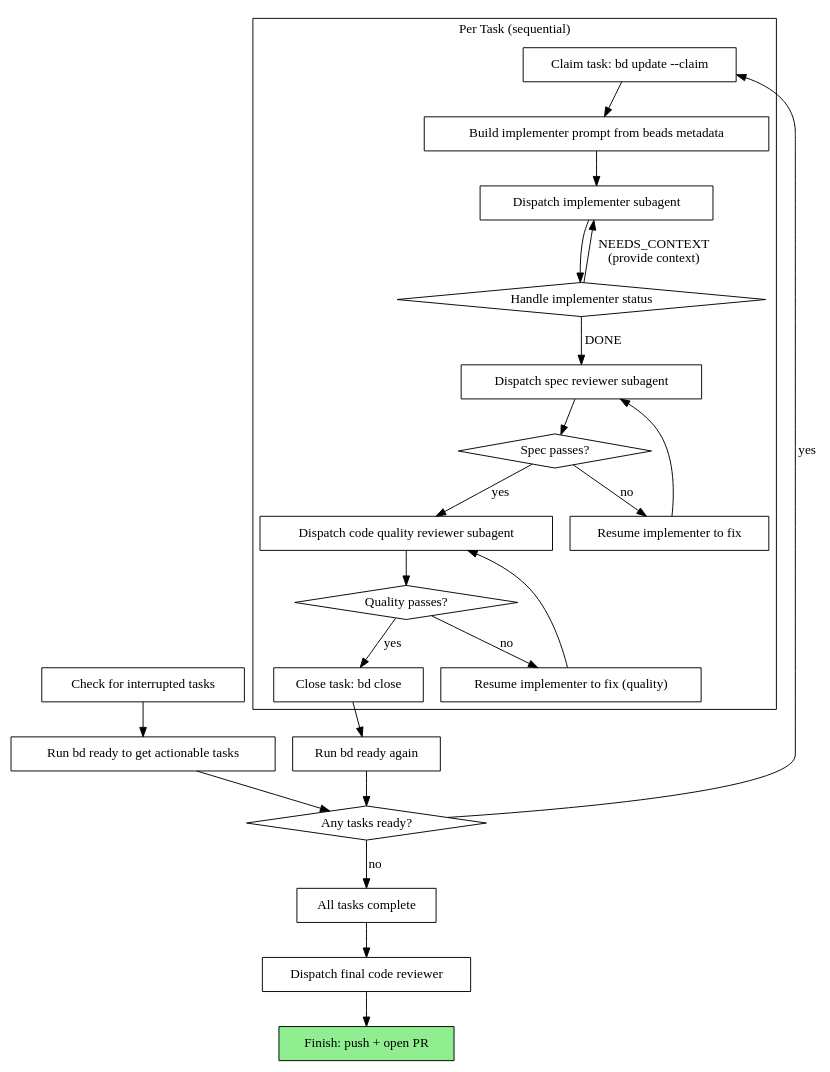
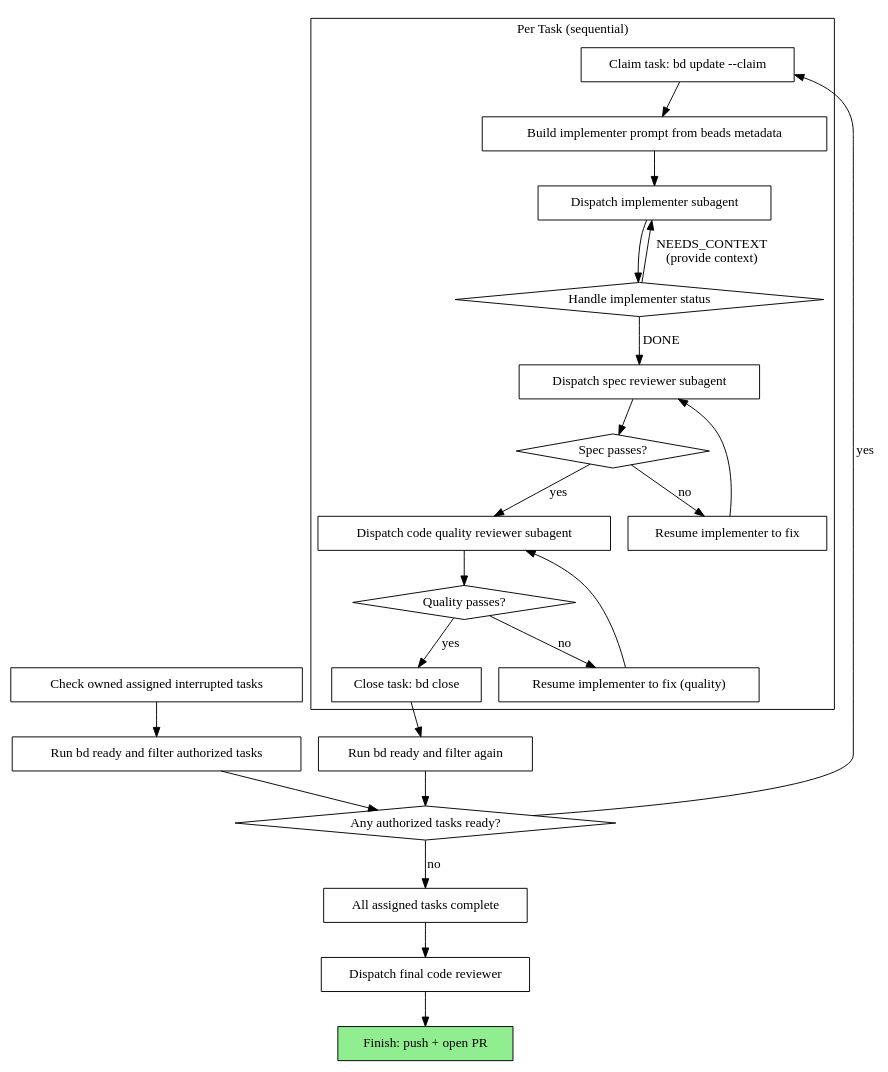
One commit to alexander-vyh/escapement changed the second of 2 diagrams in claude/skills/beads-execution/SKILL.md. Above: the diagram before and after it, drawn with Graphviz. The commit also changed other lines of this file and 23 other files, not shown here.

````diff
--- a/claude/skills/beads-execution/SKILL.md
+++ b/claude/skills/beads-execution/SKILL.md
@@ -94,51 +111,51 @@
 ```dot
 digraph process {
     rankdir=TB;
 
-    "Check for interrupted tasks" [shape=box];
-    "Run bd ready to get actionable tasks" [shape=box];
-    "Any tasks ready?" [shape=diamond];
+    "Check owned assigned interrupted tasks" [shape=box];
+    "Run bd ready and filter authorized tasks" [shape=box];
+    "Any authorized tasks ready?" [shape=diamond];
 
     subgraph cluster_per_task {
         label="Per Task (sequential)";
         "Claim task: bd update --claim" [shape=box];
         "Build implementer prompt from beads metadata" [shape=box];
         "Dispatch implementer subagent" [shape=box];
         "Handle implementer status" [shape=diamond];
         "Dispatch spec reviewer subagent" [shape=box];
         "Spec passes?" [shape=diamond];
         "Resume implementer to fix" [shape=box];
         "Dispatch code quality reviewer subagent" [shape=box];
         "Quality passes?" [shape=diamond];
         "Resume implementer to fix (quality)" [shape=box];
         "Close task: bd close" [shape=box];
     }
 
-    "Run bd ready again" [shape=box];
-    "All tasks complete" [shape=box];
+    "Run bd ready and filter again" [shape=box];
+    "All assigned tasks complete" [shape=box];
     "Dispatch final code reviewer" [shape=box];
     "Finish: push + open PR" [shape=box, style=filled, fillcolor=lightgreen];
 
-    "Check for interrupted tasks" -> "Run bd ready to get actionable tasks";
-    "Run bd ready to get actionable tasks" -> "Any tasks ready?";
-    "Any tasks ready?" -> "Claim task: bd update --claim" [label="yes"];
-    "Any tasks ready?" -> "All tasks complete" [label="no"];
+    "Check owned assigned interrupted tasks" -> "Run bd ready and filter authorized tasks";
+    "Run bd ready and filter authorized tasks" -> "Any authorized tasks ready?";
+    "Any authorized tasks ready?" -> "Claim task: bd update --claim" [label="yes"];
+    "Any authorized tasks ready?" -> "All assigned tasks complete" [label="no"];
     "Claim task: bd update --claim" -> "Build implementer prompt from beads metadata";
     "Build implementer prompt from beads metadata" -> "Dispatch implementer subagent";
     "Dispatch implementer subagent" -> "Handle implementer status";
     "Handle implementer status" -> "Dispatch spec reviewer subagent" [label="DONE"];
     "Handle implementer status" -> "Dispatch implementer subagent" [label="NEEDS_CONTEXT\n(provide context)"];
     "Dispatch spec reviewer subagent" -> "Spec passes?";
     "Spec passes?" -> "Dispatch code quality reviewer subagent" [label="yes"];
     "Spec passes?" -> "Resume implementer to fix" [label="no"];
     "Resume implementer to fix" -> "Dispatch spec reviewer subagent";
     "Dispatch code quality reviewer subagent" -> "Quality passes?";
     "Quality passes?" -> "Close task: bd close" [label="yes"];
     "Quality passes?" -> "Resume implementer to fix (quality)" [label="no"];
     "Resume implementer to fix (quality)" -> "Dispatch code quality reviewer subagent";
-    "Close task: bd close" -> "Run bd ready again";
-    "Run bd ready again" -> "Any tasks ready?";
-    "All tasks complete" -> "Dispatch final code reviewer";
+    "Close task: bd close" -> "Run bd ready and filter again";
+    "Run bd ready and filter again" -> "Any authorized tasks ready?";
+    "All assigned tasks complete" -> "Dispatch final code reviewer";
     "Dispatch final code reviewer" -> "Finish: push + open PR";
 }
 ```
````
